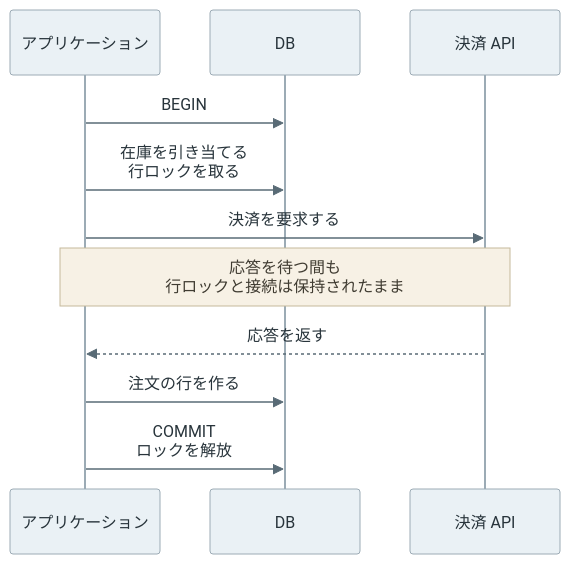
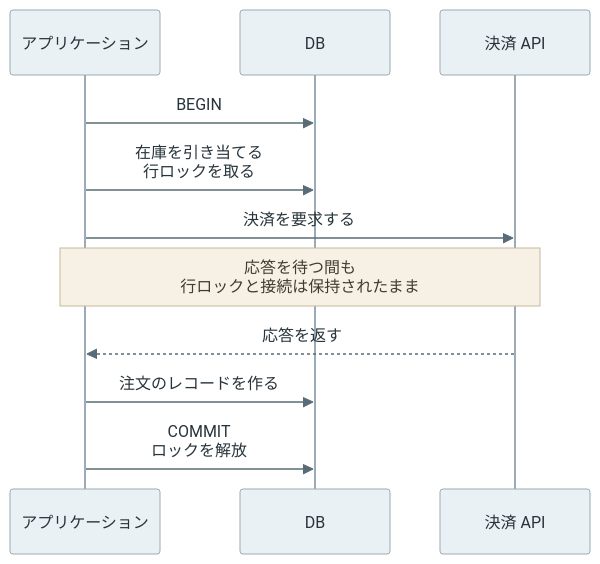
One commit to nao1215/debimate changed the first of 4 diagrams in content/notes/database-systems/transaction-scope/index.md. Above: the diagram before and after it, drawn with Mermaid. The commit also changed other lines of this file and 125 other files, not shown here.

````diff
--- a/content/notes/database-systems/transaction-scope/index.md
+++ b/content/notes/database-systems/transaction-scope/index.md
@@ -19,14 +19,14 @@
 ```mermaid
 %%{init: {"theme":"base","themeVariables":{"primaryColor":"#eaf1f5","primaryTextColor":"#28343b","primaryBorderColor":"#9cabb5","lineColor":"#596b76","textColor":"#28343b","actorBkg":"#eaf1f5","actorBorder":"#9cabb5","actorTextColor":"#28343b","actorLineColor":"#9cabb5","signalColor":"#596b76","signalTextColor":"#28343b","noteBkgColor":"#f7f1e5","noteBorderColor":"#c5b99b","noteTextColor":"#403c32","activationBkgColor":"#edf3ef","activationBorderColor":"#9aafa1"}}}%%
 sequenceDiagram
     participant A as アプリケーション
     participant D as DB
     participant P as 決済 API
     A->>D: BEGIN
     A->>D: 在庫を引き当てる<br/>行ロックを取る
     A->>P: 決済を要求する
     Note over A,P: 応答を待つ間も<br/>行ロックと接続は保持されたまま
     P-->>A: 応答を返す
-    A->>D: 注文の行を作る
+    A->>D: 注文のレコードを作る
     A->>D: COMMIT<br/>ロックを解放
 ```
````
